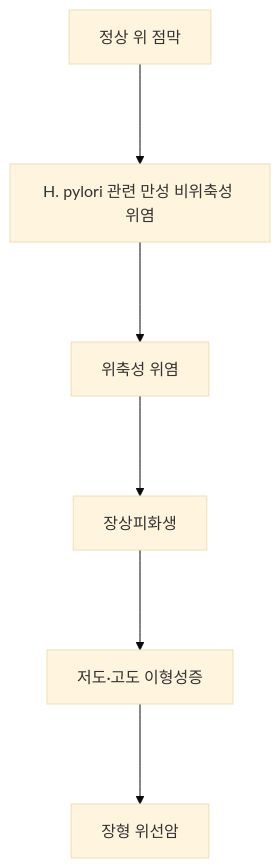
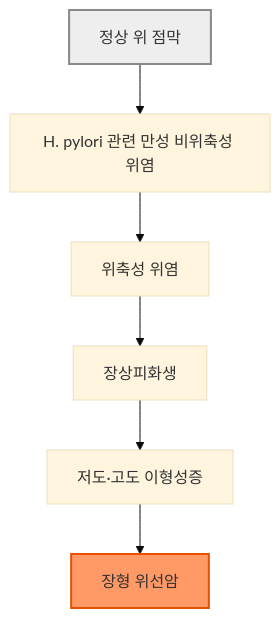
Before and after one commit to familyoh77/familyoh77: the first of 2 diagrams in 224_/078_-gastritis.md, drawn with Mermaid (base theme). The commit also changed other lines of this file and 1 other file, not shown here.

````diff
--- a/224_/078_-gastritis.md
+++ b/224_/078_-gastritis.md
@@ -23,8 +23,11 @@
 ```mermaid
-graph TD
-    A["정상 위 점막"] ---> B["H. pylori 관련 만성 비위축성 위염"]
-    B ---> C["위축성 위염"]
-    C ---> D["장상피화생"]
-    D ---> E["저도·고도 이형성증"]
-    E ---> F["장형 위선암"]
+flowchart TD
+    A["정상 위 점막"] --> B["H. pylori 관련 만성 비위축성 위염"]
+    B --> C["위축성 위염"]
+    C --> D["장상피화생"]
+    D --> E["저도·고도 이형성증"]
+    E --> F["장형 위선암"]
+
+    style A fill:#eeeeee,stroke:#888888,stroke-width:2px
+    style F fill:#f96,stroke:#e65100,stroke-width:2px
 ```
````
